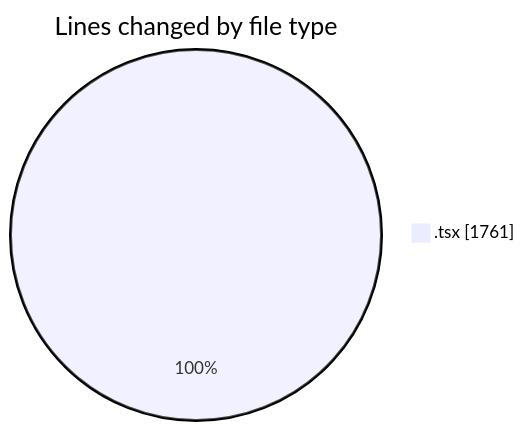
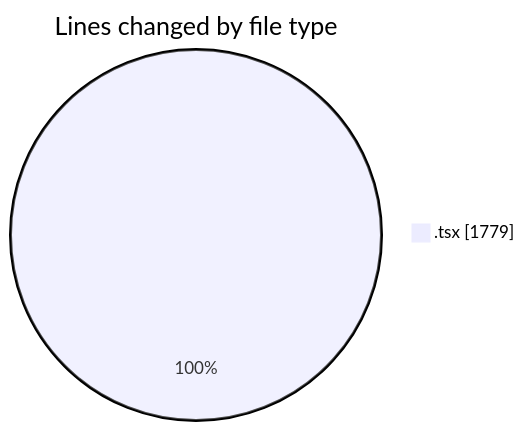
One commit to momahboobian/code-tracking changed the first of 2 diagrams in 2025-10-03/cda/README.md. Above: the diagram before and after it, drawn with Mermaid. The commit also changed other lines of this file and 1 other file, not shown here.

````diff
--- a/2025-10-03/cda/README.md
+++ b/2025-10-03/cda/README.md
@@ -23,5 +23,5 @@
 ```mermaid
 pie showData
 title Lines changed by file type
-".tsx" : 1761
+".tsx" : 1779
 ```
````
